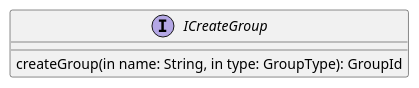
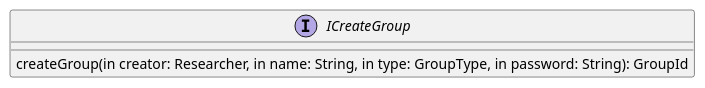
Before and after one commit to bugagashen6ka/quark: the eighth of 14 diagrams in doc/ch6-comp-interaction/system-interfaces.org, drawn with PlantUML.

Commit message:
Simplify system interface 'Create group'

```diff
--- a/doc/ch6-comp-interaction/system-interfaces.org
+++ b/doc/ch6-comp-interaction/system-interfaces.org
@@ -65,5 +65,5 @@
   #+begin_src plantuml :file ./icreate_group.png
   interface ICreateGroup {
-    createGroup(in name: String, in type: GroupType): GroupId
+    createGroup(in creator: Researcher, in name: String, in type: GroupType, in password: String): GroupId
   }
   #+END_src
```
